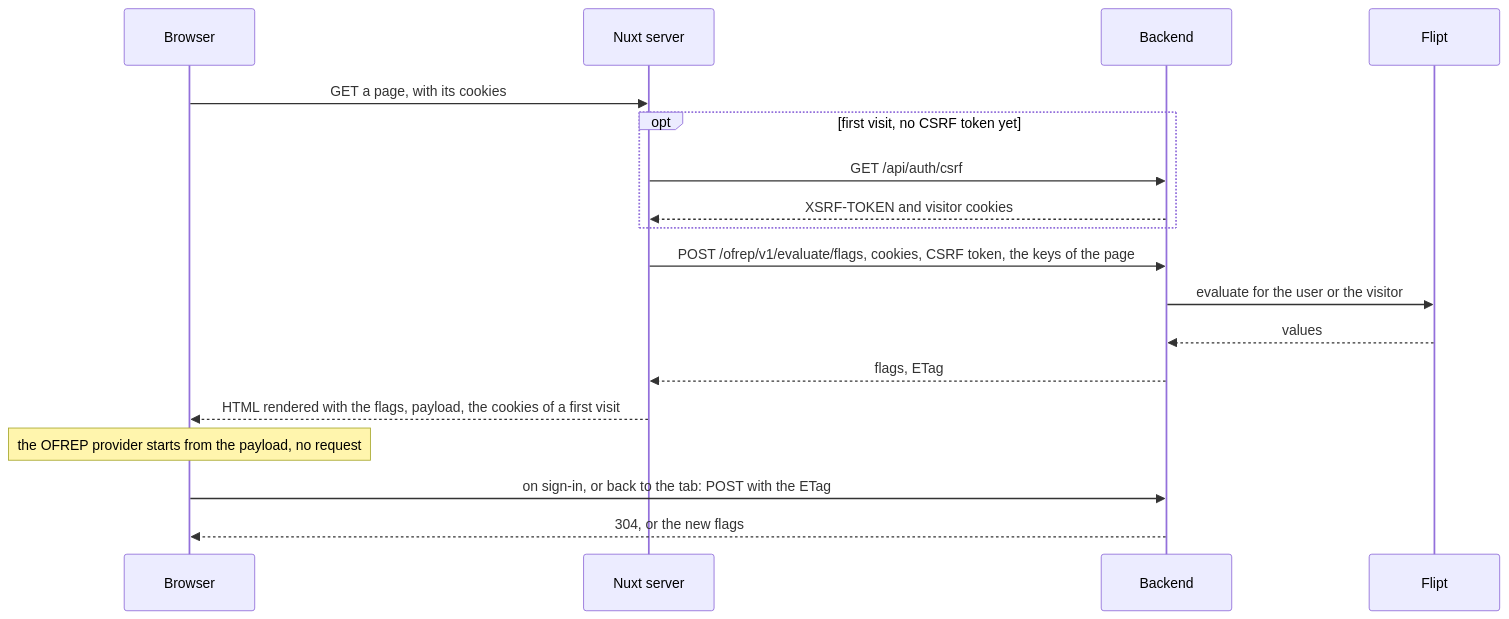
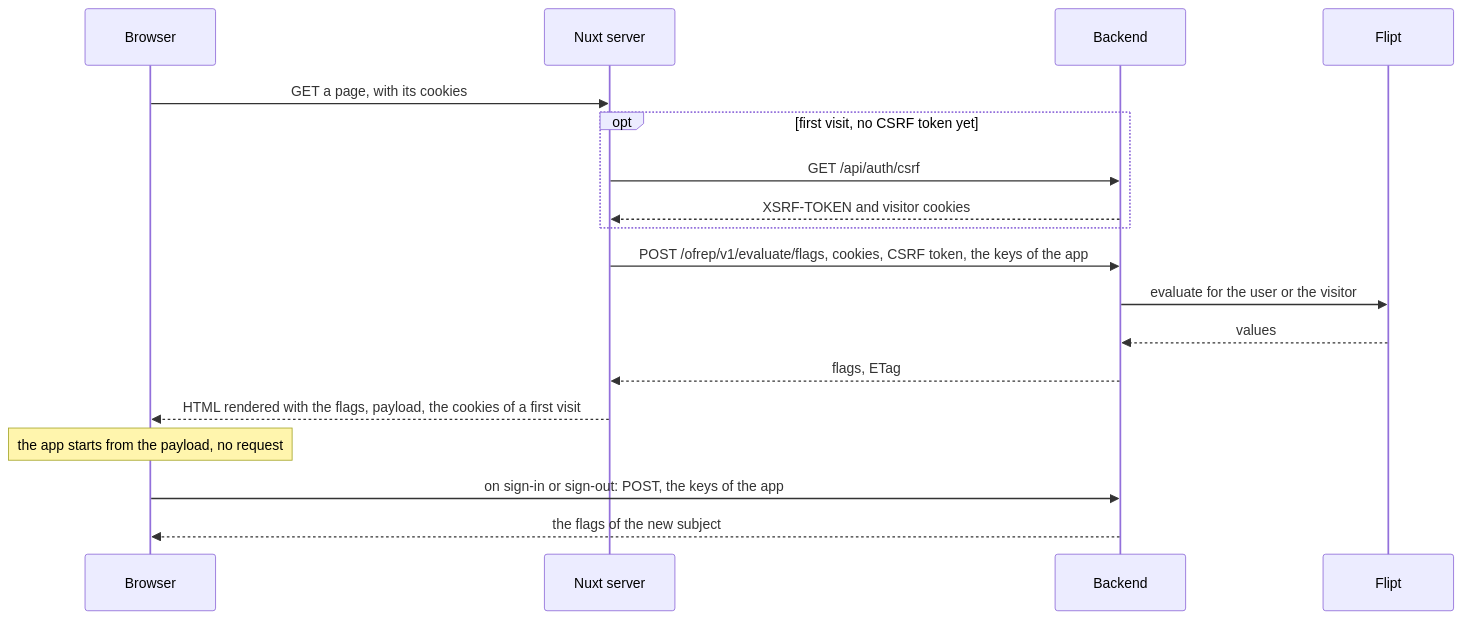
The diagram in docs/content/en/2.decisions/017-feature-flags-through-openfeature.md (mboisnard/drinkit), drawn with Mermaid before and after one commit. The commit also changed other lines of this file and 27 other files, not shown here.

First line of the commit message:
[TECH-STARTER] Read feature flags and A/B variants in the Nuxt app over OFREP (#629)

````diff
--- a/docs/content/en/2.decisions/017-feature-flags-through-openfeature.md
+++ b/docs/content/en/2.decisions/017-feature-flags-through-openfeature.md
@@ -56,20 +61,20 @@
 ```mermaid
 sequenceDiagram
   participant Browser
   participant Nuxt as Nuxt server
   participant Backend
   participant Flipt
   Browser->>Nuxt: GET a page, with its cookies
   opt first visit, no CSRF token yet
     Nuxt->>Backend: GET /api/auth/csrf
     Backend-->>Nuxt: XSRF-TOKEN and visitor cookies
   end
-  Nuxt->>Backend: POST /ofrep/v1/evaluate/flags, cookies, CSRF token, the keys of the page
+  Nuxt->>Backend: POST /ofrep/v1/evaluate/flags, cookies, CSRF token, the keys of the app
   Backend->>Flipt: evaluate for the user or the visitor
   Flipt-->>Backend: values
   Backend-->>Nuxt: flags, ETag
   Nuxt-->>Browser: HTML rendered with the flags, payload, the cookies of a first visit
-  Note over Browser: the OFREP provider starts from the payload, no request
-  Browser->>Backend: on sign-in, or back to the tab: POST with the ETag
-  Backend-->>Browser: 304, or the new flags
+  Note over Browser: the app starts from the payload, no request
+  Browser->>Backend: on sign-in or sign-out: POST, the keys of the app
+  Backend-->>Browser: the flags of the new subject
 ```
````
